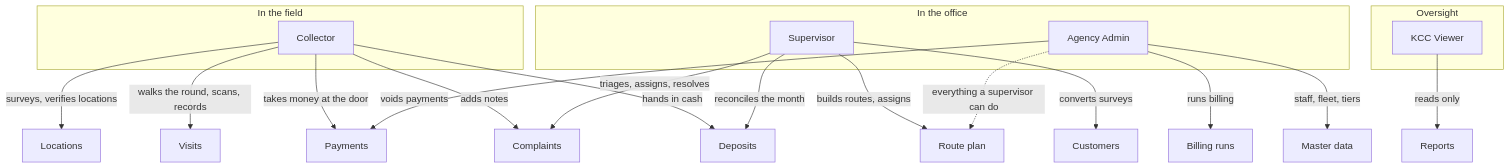
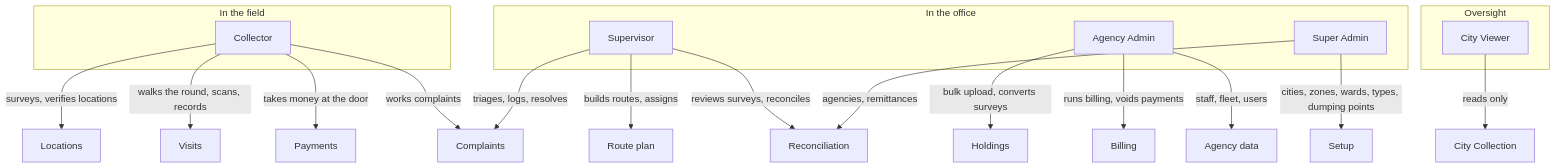
One commit to DataMartBD/Solid-Waste-Management changed the second of 18 diagrams in docs/WORKFLOWS.md. Above: the diagram before and after it, drawn with Mermaid. The commit also changed other lines of this file and 189 other files, not shown here.

First line of the commit message:
Holding-wise, multi-city SWMS: setup, collection day, city dashboard

````diff
--- a/docs/WORKFLOWS.md
+++ b/docs/WORKFLOWS.md
@@ -67,31 +80,32 @@
 ```mermaid
 flowchart TB
     subgraph Field["In the field"]
         C1[Collector]
     end
     subgraph Office["In the office"]
         S1[Supervisor]
         A1[Agency Admin]
+        SA[Super Admin]
     end
     subgraph Oversight["Oversight"]
-        K1[KCC Viewer]
+        K1[City Viewer]
     end
 
     C1 -->|surveys, verifies locations| W2[Locations]
     C1 -->|walks the round, scans, records| W4[Visits]
-    C1 -->|takes money at the door| W8[Payments]
-    C1 -->|adds notes| W6[Complaints]
-    C1 -->|hands in cash| W9[Deposits]
+    C1 -->|takes money at the door| W9[Payments]
+    C1 -->|works complaints| W7[Complaints]
 
     S1 -->|builds routes, assigns| W3[Route plan]
-    S1 -->|triages, assigns, resolves| W6
-    S1 -->|reconciles the month| W9
-    S1 -->|converts surveys| W1[Customers]
+    S1 -->|triages, logs, resolves| W7
+    S1 -->|reviews surveys, reconciles| W10[Reconciliation]
 
-    A1 -->|runs billing| W7[Billing runs]
-    A1 -->|voids payments| W8
-    A1 -->|staff, fleet, tiers| W10[Master data]
-    A1 -.->|everything a supervisor can do| W3
+    A1 -->|bulk upload, converts surveys| W1[Holdings]
+    A1 -->|runs billing, voids payments| W8[Billing]
+    A1 -->|staff, fleet, users| W11[Agency data]
 
-    K1 -->|reads only| W11[Reports]
+    SA -->|cities, zones, wards, types, dumping points| W0[Setup]
+    SA -->|agencies, remittances| W10
+
+    K1 -->|reads only| W13[City Collection]
 ```
````
